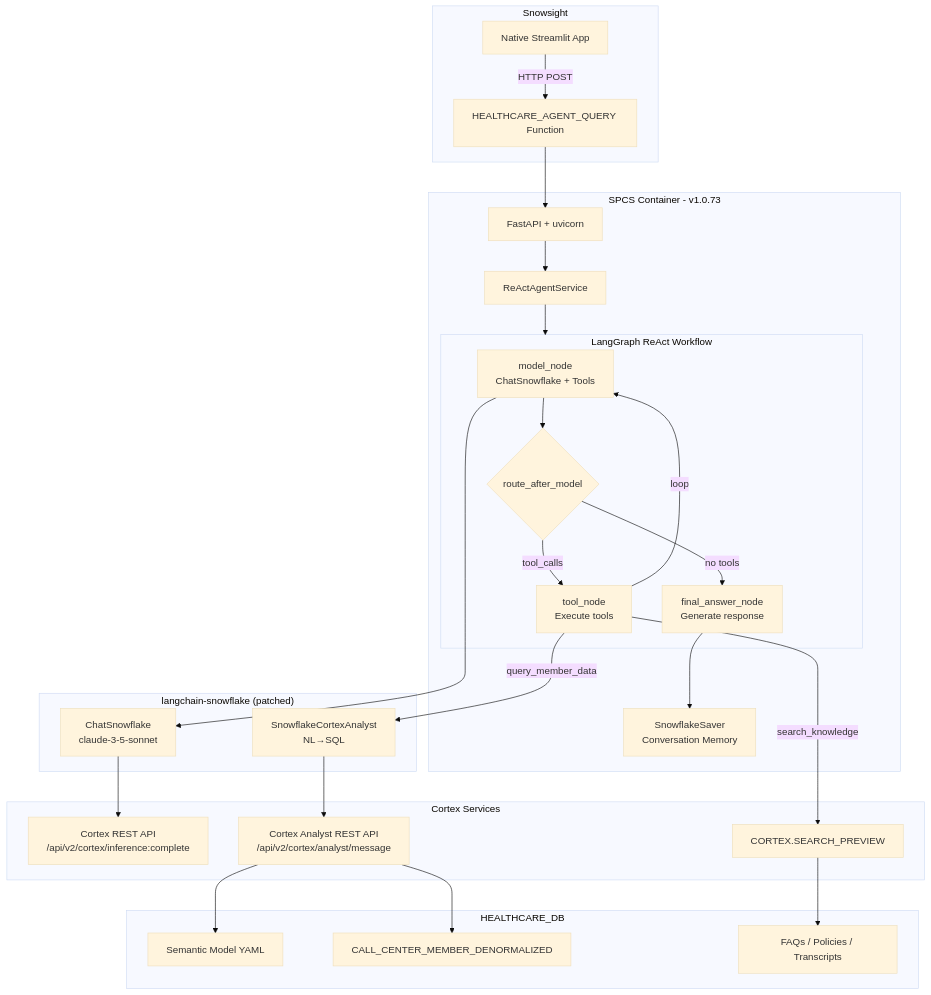
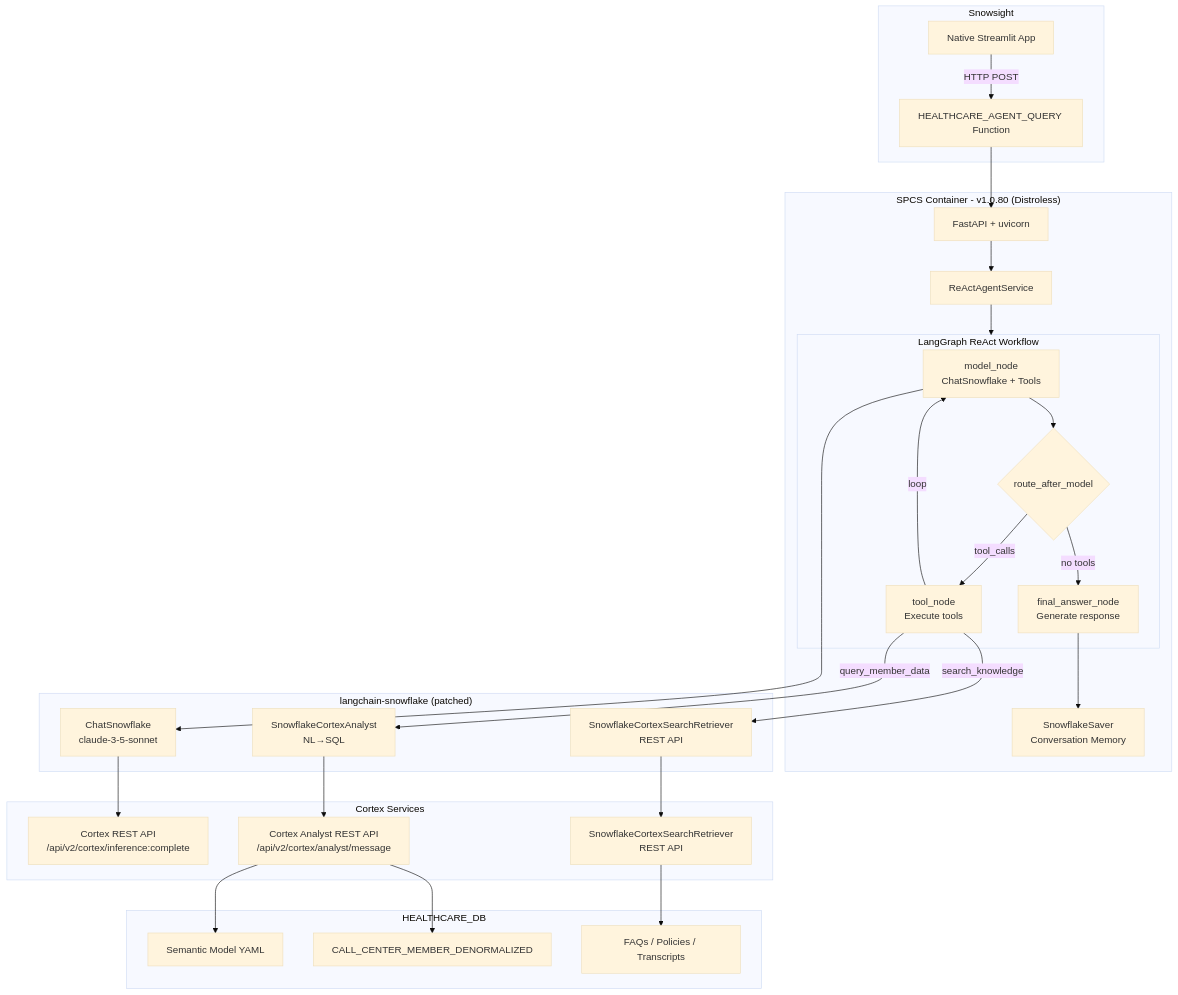
Before and after one commit to NikitaVoitov/snowflake-healthcare-agent: the diagram in README.md, drawn with Mermaid (base theme). The commit also changed other lines of this file and 10 other files, not shown here.

````diff
--- a/README.md
+++ b/README.md
@@ -40,59 +40,61 @@
 ```mermaid
 flowchart TD
     subgraph snowsight["Snowsight"]
         StreamlitApp["Native Streamlit App"]
         ServiceFunction["HEALTHCARE_AGENT_QUERY Function"]
     end
 
-    subgraph spcs["SPCS Container - v1.0.73"]
+    subgraph spcs["SPCS Container - v1.0.80 (Distroless)"]
         FastAPI["FastAPI + uvicorn"]
         ReactService["ReActAgentService"]
         
         subgraph react_graph["LangGraph ReAct Workflow"]
             ModelNode["model_node<br/>ChatSnowflake + Tools"]
             Router{route_after_model}
             ToolNode["tool_node<br/>Execute tools"]
             FinalAnswer["final_answer_node<br/>Generate response"]
         end
         
         Checkpointer["SnowflakeSaver<br/>Conversation Memory"]
     end
 
     subgraph langchain["langchain-snowflake (patched)"]
         ChatSnowflake["ChatSnowflake<br/>claude-3-5-sonnet"]
         CortexAnalyst["SnowflakeCortexAnalyst<br/>NL→SQL"]
+        CortexRetriever["SnowflakeCortexSearchRetriever<br/>REST API"]
     end
 
     subgraph cortex["Cortex Services"]
         CortexREST["Cortex REST API<br/>/api/v2/cortex/inference:complete"]
         AnalystREST["Cortex Analyst REST API<br/>/api/v2/cortex/analyst/message"]
-        CortexSearch["CORTEX.SEARCH_PREVIEW"]
+        CortexSearch["SnowflakeCortexSearchRetriever<br/>REST API"]
     end
 
     subgraph db["HEALTHCARE_DB"]
         SemanticModel["Semantic Model YAML"]
         MemberData["CALL_CENTER_MEMBER_DENORMALIZED"]
         KnowledgeData["FAQs / Policies / Transcripts"]
     end
 
     StreamlitApp -->|HTTP POST| ServiceFunction
     ServiceFunction --> FastAPI
     FastAPI --> ReactService
     ReactService --> react_graph
     
     ModelNode --> Router
     Router -->|tool_calls| ToolNode
     Router -->|no tools| FinalAnswer
     
     ToolNode -->|loop| ModelNode
     FinalAnswer --> Checkpointer
     
     ModelNode --> ChatSnowflake
     ChatSnowflake --> CortexREST
     ToolNode -->|query_member_data| CortexAnalyst
-    ToolNode -->|search_knowledge| CortexSearch
+    ToolNode -->|search_knowledge| CortexRetriever
+    CortexRetriever --> CortexSearch
     CortexAnalyst --> AnalystREST
     AnalystREST --> SemanticModel
     AnalystREST --> MemberData
     CortexSearch --> KnowledgeData
 ```
````
